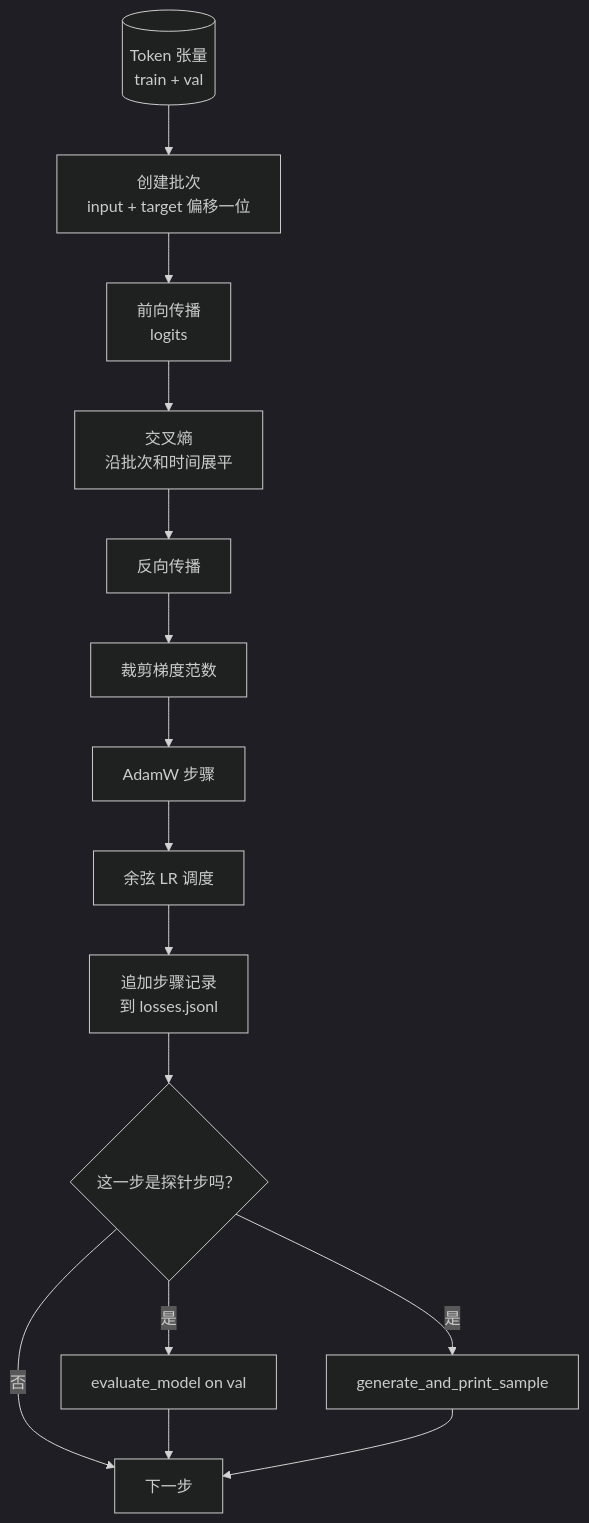
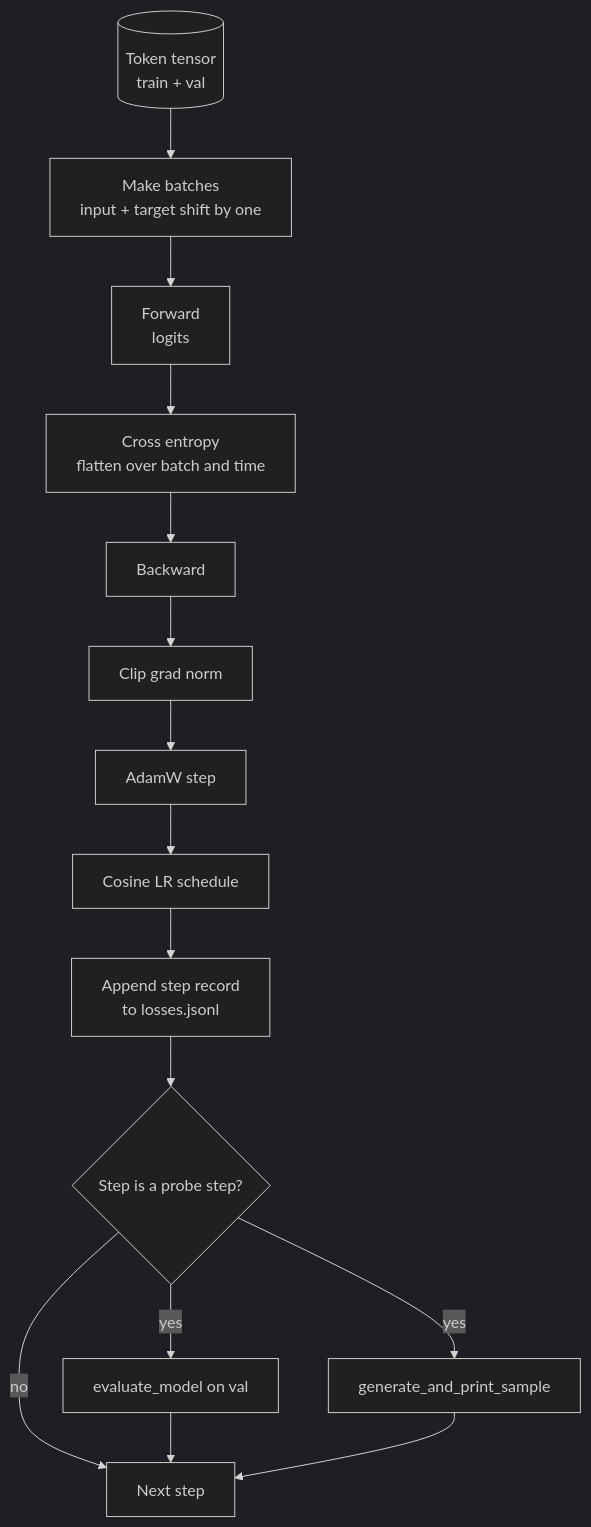
One commit to xiaojiaenen/ai-engineering-from-scratch-zh changed the diagram in i18n/zh/phases/19-capstone-projects/36-training-loop-eval/docs/zh.md. Above: the diagram before and after it, drawn with Mermaid (dark theme). The commit also changed other lines of this file and 85 other files, not shown here.

````diff
--- a/i18n/zh/phases/19-capstone-projects/36-training-loop-eval/docs/zh.md
+++ b/i18n/zh/phases/19-capstone-projects/36-training-loop-eval/docs/zh.md
@@ -27,17 +27,17 @@
 ```mermaid
 flowchart TB
-  D[(Token 张量<br/>train + val)] --> B[创建批次<br/>input + target 偏移一位]
-  B --> F[前向传播<br/>logits]
-  F --> L[交叉熵<br/>沿批次和时间展平]
-  L --> Bw[反向传播]
-  Bw --> Cg[裁剪梯度范数]
-  Cg --> Step[AdamW 步骤]
-  Step --> Sched[余弦 LR 调度]
-  Sched --> JL[追加步骤记录<br/>到 losses.jsonl]
-  JL --> Probe{这一步是探针步吗？}
-  Probe -- 是 --> Eval[evaluate_model on val]
-  Probe -- 是 --> Sample[generate_and_print_sample]
-  Probe -- 否 --> Next[下一步]
+  D[(Token tensor<br/>train + val)] --> B[Make batches<br/>input + target shift by one]
+  B --> F[Forward<br/>logits]
+  F --> L[Cross entropy<br/>flatten over batch and time]
+  L --> Bw[Backward]
+  Bw --> Cg[Clip grad norm]
+  Cg --> Step[AdamW step]
+  Step --> Sched[Cosine LR schedule]
+  Sched --> JL[Append step record<br/>to losses.jsonl]
+  JL --> Probe{Step is a probe step?}
+  Probe -- yes --> Eval[evaluate_model on val]
+  Probe -- yes --> Sample[generate_and_print_sample]
+  Probe -- no --> Next[Next step]
   Eval --> Next
   Sample --> Next
 ```
````
